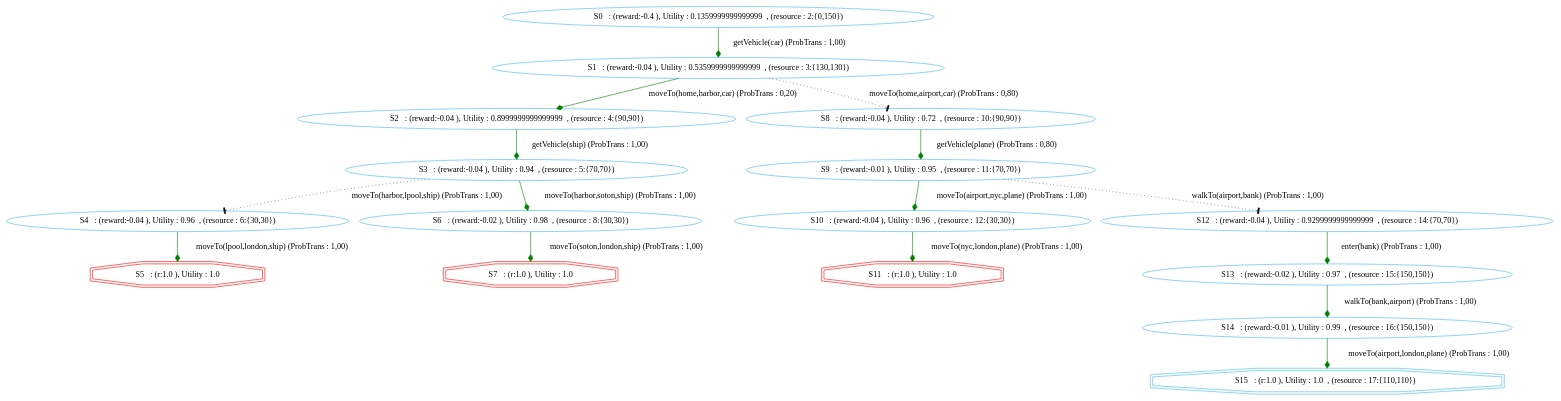
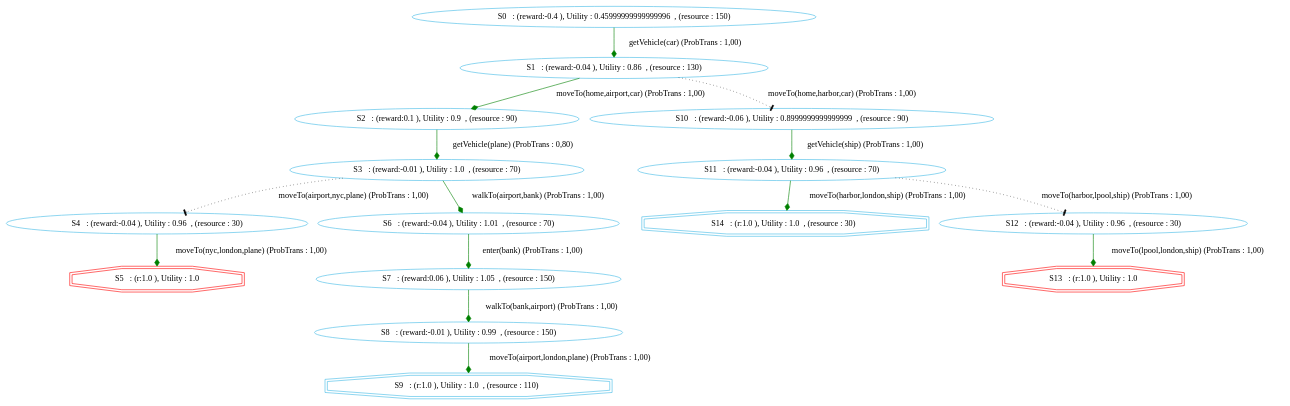
One commit to htiraHatem/CHIMP_MDP changed the diagram in chimp/src/main/java/examples/MDP/gotolondon/gotolondonGraphVICHIMP.dot. Above: the diagram before and after it, drawn with Graphviz. The commit also changed 6 other files, not shown here.

```diff
--- a/chimp/src/main/java/examples/MDP/gotolondon/gotolondonGraphVICHIMP.dot
+++ b/chimp/src/main/java/examples/MDP/gotolondon/gotolondonGraphVICHIMP.dot
@@ -1,23 +1,22 @@
 digraph {
   node [color="#40b9e5" ]
  size="60,17";
 "5" [label=" S5   : (r:1.0 ), Utility : 1.0 " color = red ,  shape=doubleoctagon]
-"7" [label=" S7   : (r:1.0 ), Utility : 1.0 " color = red ,  shape=doubleoctagon]
-"11" [label=" S11   : (r:1.0 ), Utility : 1.0 " color = red ,  shape=doubleoctagon]
-"15" [label=" S15   : (r:1.0 ), Utility : 1.0  , (resource : 17:{110,110})  " shape=doubleoctagon];
-"0" [label=" S0   : (reward:-0.4 ), Utility : 0.1359999999999999  , (resource : 2:{0,150}) "]"1" [label=" S1   : (reward:-0.04 ), Utility : 0.5359999999999999  , (resource : 3:{130,130}) "]"2" [label=" S2   : (reward:-0.04 ), Utility : 0.8999999999999999  , (resource : 4:{90,90}) "]"3" [label=" S3   : (reward:-0.04 ), Utility : 0.94  , (resource : 5:{70,70}) "]"4" [label=" S4   : (reward:-0.04 ), Utility : 0.96  , (resource : 6:{30,30}) "]"6" [label=" S6   : (reward:-0.02 ), Utility : 0.98  , (resource : 8:{30,30}) "]"8" [label=" S8   : (reward:-0.04 ), Utility : 0.72  , (resource : 10:{90,90}) "]"9" [label=" S9   : (reward:-0.01 ), Utility : 0.95  , (resource : 11:{70,70}) "]"10" [label=" S10   : (reward:-0.04 ), Utility : 0.96  , (resource : 12:{30,30}) "]"12" [label=" S12   : (reward:-0.04 ), Utility : 0.9299999999999999  , (resource : 14:{70,70}) "]"13" [label=" S13   : (reward:-0.02 ), Utility : 0.97  , (resource : 15:{150,150}) "]"14" [label=" S14   : (reward:-0.01 ), Utility : 0.99  , (resource : 16:{150,150}) "]"0" -> "1" [ label="getVehicle(car) (ProbTrans : 1,00)"
-, arrowhead = diamond , color=green];"1" -> "2" [ label="moveTo(home,harbor,car) (ProbTrans : 0,20)"
-, arrowhead = diamond , color=green];"1" -> "8" [ label="moveTo(home,airport,car) (ProbTrans : 0,80)"
-,style=dotted, arrowhead=tee];"2" -> "3" [ label="getVehicle(ship) (ProbTrans : 1,00)"
-, arrowhead = diamond , color=green];"3" -> "4" [ label="moveTo(harbor,lpool,ship) (ProbTrans : 1,00)"
-,style=dotted, arrowhead=tee];"3" -> "6" [ label="moveTo(harbor,soton,ship) (ProbTrans : 1,00)"
-, arrowhead = diamond , color=green];"4" -> "5" [ label="moveTo(lpool,london,ship) (ProbTrans : 1,00)"
-, arrowhead = diamond , color=green];"6" -> "7" [ label="moveTo(soton,london,ship) (ProbTrans : 1,00)"
-, arrowhead = diamond , color=green];"8" -> "9" [ label="getVehicle(plane) (ProbTrans : 0,80)"
-, arrowhead = diamond , color=green];"9" -> "10" [ label="moveTo(airport,nyc,plane) (ProbTrans : 1,00)"
-, arrowhead = diamond , color=green];"9" -> "12" [ label="walkTo(airport,bank) (ProbTrans : 1,00)"
-,style=dotted, arrowhead=tee];"10" -> "11" [ label="moveTo(nyc,london,plane) (ProbTrans : 1,00)"
-, arrowhead = diamond , color=green];"12" -> "13" [ label="enter(bank) (ProbTrans : 1,00)"
-, arrowhead = diamond , color=green];"13" -> "14" [ label="walkTo(bank,airport) (ProbTrans : 1,00)"
-, arrowhead = diamond , color=green];"14" -> "15" [ label="moveTo(airport,london,plane) (ProbTrans : 1,00)"
+"9" [label=" S9   : (r:1.0 ), Utility : 1.0  , (resource : 110)  " shape=doubleoctagon];
+"13" [label=" S13   : (r:1.0 ), Utility : 1.0 " color = red ,  shape=doubleoctagon]
+"14" [label=" S14   : (r:1.0 ), Utility : 1.0  , (resource : 30)  " shape=doubleoctagon];
+"0" [label=" S0   : (reward:-0.4 ), Utility : 0.45999999999999996  , (resource : 150) "]"1" [label=" S1   : (reward:-0.04 ), Utility : 0.86  , (resource : 130) "]"2" [label=" S2   : (reward:0.1 ), Utility : 0.9  , (resource : 90) "]"3" [label=" S3   : (reward:-0.01 ), Utility : 1.0  , (resource : 70) "]"4" [label=" S4   : (reward:-0.04 ), Utility : 0.96  , (resource : 30) "]"6" [label=" S6   : (reward:-0.04 ), Utility : 1.01  , (resource : 70) "]"7" [label=" S7   : (reward:0.06 ), Utility : 1.05  , (resource : 150) "]"8" [label=" S8   : (reward:-0.01 ), Utility : 0.99  , (resource : 150) "]"10" [label=" S10   : (reward:-0.06 ), Utility : 0.8999999999999999  , (resource : 90) "]"11" [label=" S11   : (reward:-0.04 ), Utility : 0.96  , (resource : 70) "]"12" [label=" S12   : (reward:-0.04 ), Utility : 0.96  , (resource : 30) "]"0" -> "1" [ label="getVehicle(car) (ProbTrans : 1,00)"
+, arrowhead = diamond , color=green];"1" -> "2" [ label="moveTo(home,airport,car) (ProbTrans : 1,00)"
+, arrowhead = diamond , color=green];"1" -> "10" [ label="moveTo(home,harbor,car) (ProbTrans : 1,00)"
+,style=dotted, arrowhead=tee];"2" -> "3" [ label="getVehicle(plane) (ProbTrans : 0,80)"
+, arrowhead = diamond , color=green];"3" -> "4" [ label="moveTo(airport,nyc,plane) (ProbTrans : 1,00)"
+,style=dotted, arrowhead=tee];"3" -> "6" [ label="walkTo(airport,bank) (ProbTrans : 1,00)"
+, arrowhead = diamond , color=green];"4" -> "5" [ label="moveTo(nyc,london,plane) (ProbTrans : 1,00)"
+, arrowhead = diamond , color=green];"6" -> "7" [ label="enter(bank) (ProbTrans : 1,00)"
+, arrowhead = diamond , color=green];"7" -> "8" [ label="walkTo(bank,airport) (ProbTrans : 1,00)"
+, arrowhead = diamond , color=green];"8" -> "9" [ label="moveTo(airport,london,plane) (ProbTrans : 1,00)"
+, arrowhead = diamond , color=green];"10" -> "11" [ label="getVehicle(ship) (ProbTrans : 1,00)"
+, arrowhead = diamond , color=green];"11" -> "12" [ label="moveTo(harbor,lpool,ship) (ProbTrans : 1,00)"
+,style=dotted, arrowhead=tee];"11" -> "14" [ label="moveTo(harbor,london,ship) (ProbTrans : 1,00)"
+, arrowhead = diamond , color=green];"12" -> "13" [ label="moveTo(lpool,london,ship) (ProbTrans : 1,00)"
 , arrowhead = diamond , color=green];}
```
